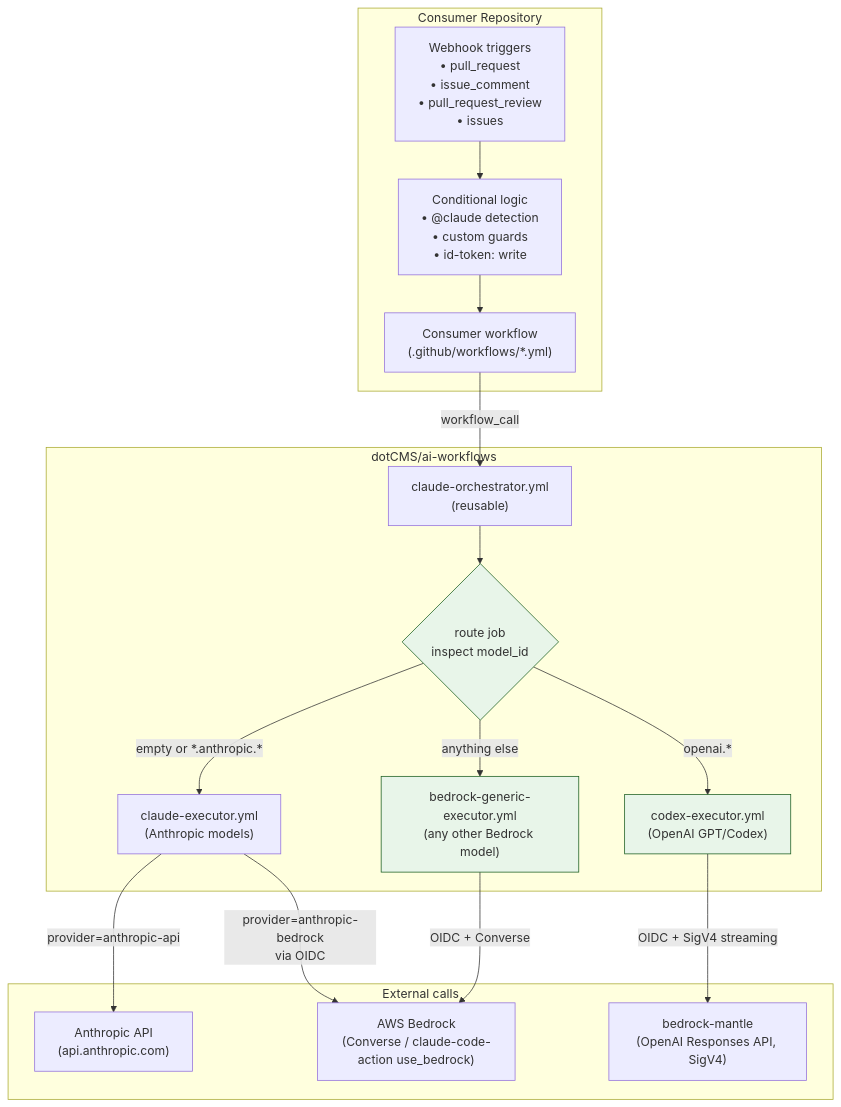
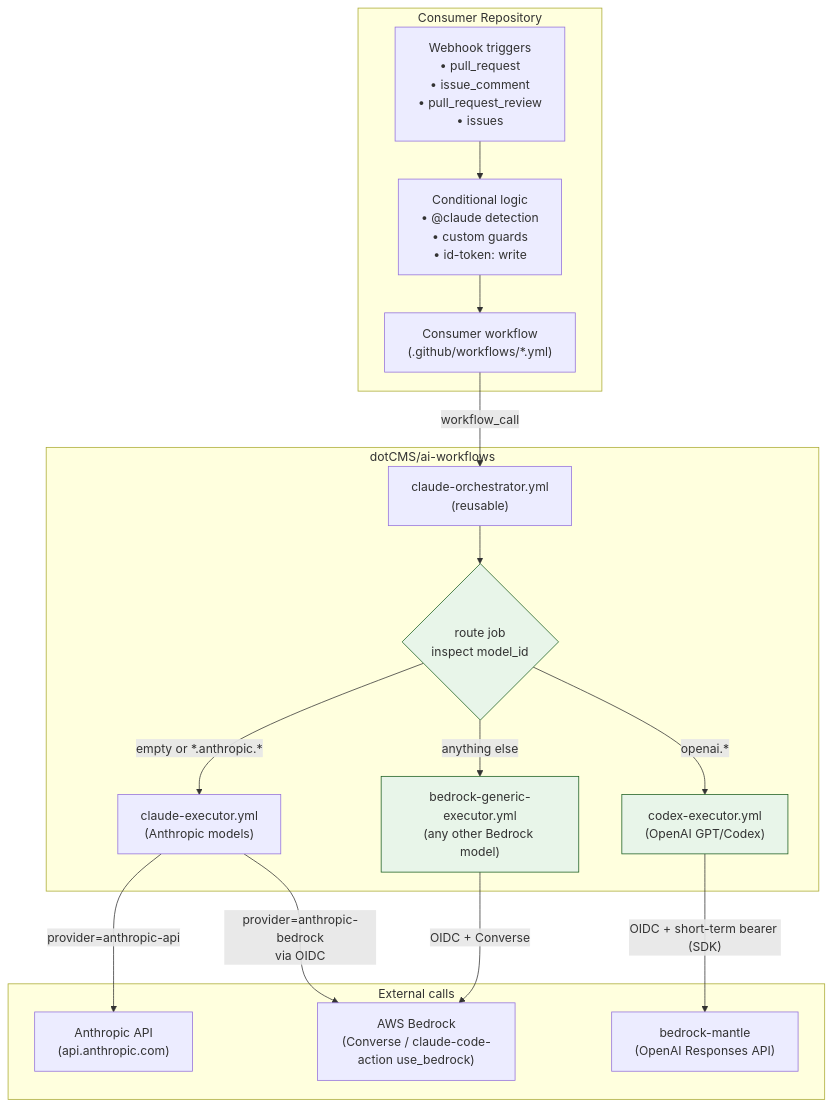
Before and after one commit to dotCMS/ai-workflows: the second of 2 diagrams in ARCHITECTURE.md, drawn with Mermaid. The commit also changed other lines of this file and 2 other files, not shown here.

Commit message:
feat(codex): switch to OpenAI SDK with short-term bearer token
Per the auth-path decision, move the executor from hand-rolled SigV4 +
urllib to the OpenAI SDK. The SDK can't consume SigV4, so authenticate
with a SHORT-TERM Bedrock bearer token minted in-process from the
OIDC-assumed-role session via aws-bedrock-token-generator. The token is
OIDC-derived (no long-lived secret), expires with the role session
(<=1h), is not a stored resource (nothing to clean up), and is never
written to env/disk/logs.

- Replace the SigV4 helper with client.responses.create(stream=True);
  accumulate response.output_text.delta, read usage off response.completed.
- Install openai + aws-bedrock-token-generator at runtime (was botocore).
- Keep store=false, reasoning_effort, region remap, sticky comment.
- Docs (CLAUDE.md/ARCHITECTURE.md) updated to the SDK + bearer path.

Requires bedrock-mantle:CallWithBearerToken (SHORT_TERM) in the IAM PR.

````diff
--- a/ARCHITECTURE.md
+++ b/ARCHITECTURE.md
@@ -70,37 +70,37 @@
 ```mermaid
 flowchart TD
     subgraph consumer["Consumer Repository"]
         consumer_wf["Consumer workflow<br/>(.github/workflows/*.yml)"]
         triggers["Webhook triggers<br/>• pull_request<br/>• issue_comment<br/>• pull_request_review<br/>• issues"]
         cond["Conditional logic<br/>• @claude detection<br/>• custom guards<br/>• id-token: write"]
         triggers --> cond --> consumer_wf
     end
 
     subgraph this_repo["dotCMS/ai-workflows"]
         orch["claude-orchestrator.yml<br/>(reusable)"]
         route{"route job<br/>inspect model_id"}
         claude_exec["claude-executor.yml<br/>(Anthropic models)"]
         generic_exec["bedrock-generic-executor.yml<br/>(any other Bedrock model)"]
         codex_exec["codex-executor.yml<br/>(OpenAI GPT/Codex)"]
 
         orch --> route
         route -->|"empty or *.anthropic.*"| claude_exec
         route -->|"openai.*"| codex_exec
         route -->|"anything else"| generic_exec
     end
 
     subgraph upstreams["External calls"]
         anth_api["Anthropic API<br/>(api.anthropic.com)"]
         bedrock["AWS Bedrock<br/>(Converse / claude-code-action use_bedrock)"]
-        mantle["bedrock-mantle<br/>(OpenAI Responses API, SigV4)"]
+        mantle["bedrock-mantle<br/>(OpenAI Responses API)"]
     end
 
     consumer_wf -->|"workflow_call"| orch
     claude_exec -->|"provider=anthropic-api"| anth_api
     claude_exec -->|"provider=anthropic-bedrock<br/>via OIDC"| bedrock
     generic_exec -->|"OIDC + Converse"| bedrock
-    codex_exec -->|"OIDC + SigV4 streaming"| mantle
+    codex_exec -->|"OIDC + short-term bearer (SDK)"| mantle
 
     classDef new fill:#e8f5e9,stroke:#1b5e20,stroke-width:1px
     class generic_exec,route,codex_exec new
 ```
````
